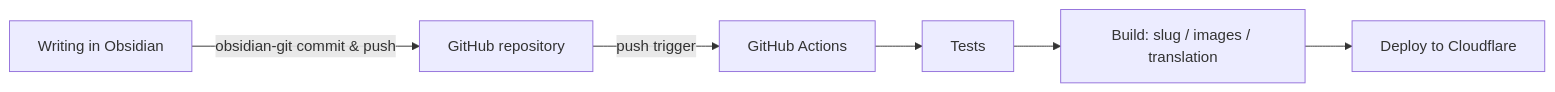
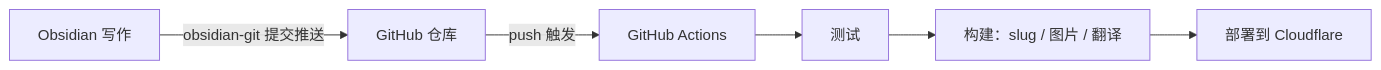
Before and after one commit to Edmounds/blog_web: the diagram in src/i18n/content/en/blog/使用GitHub Actions 实现博客自动化更新.md, drawn with Mermaid. The commit also changed other lines of this file and 9 other files, not shown here.

````diff
--- a/src/i18n/content/en/blog/使用GitHub Actions 实现博客自动化更新.md
+++ b/src/i18n/content/en/blog/使用GitHub Actions 实现博客自动化更新.md
@@ -24,8 +24,8 @@
 ```mermaid
 flowchart LR
-  O[Writing in Obsidian] -->|obsidian-git commit & push| G[GitHub repository]
-  G -->|push trigger| A[GitHub Actions]
-  A --> T[Tests]
-  T --> B[Build: slug / images / translation]
-  B --> D[Deploy to Cloudflare]
+  O[Obsidian 写作] -->|obsidian-git 提交推送| G[GitHub 仓库]
+  G -->|push 触发| A[GitHub Actions]
+  A --> T[测试]
+  T --> B[构建：slug / 图片 / 翻译]
+  B --> D[部署到 Cloudflare]
 ```
````
